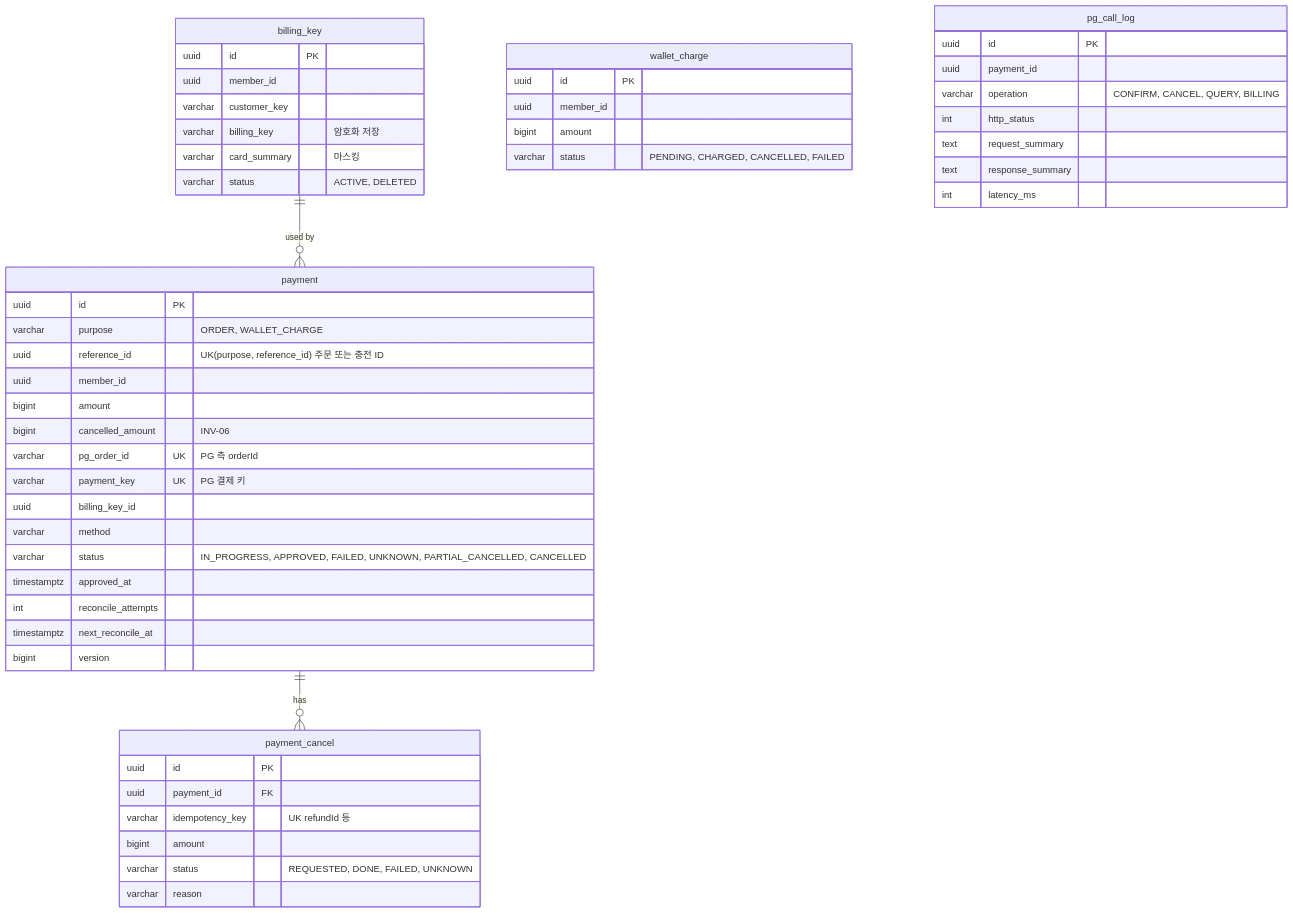
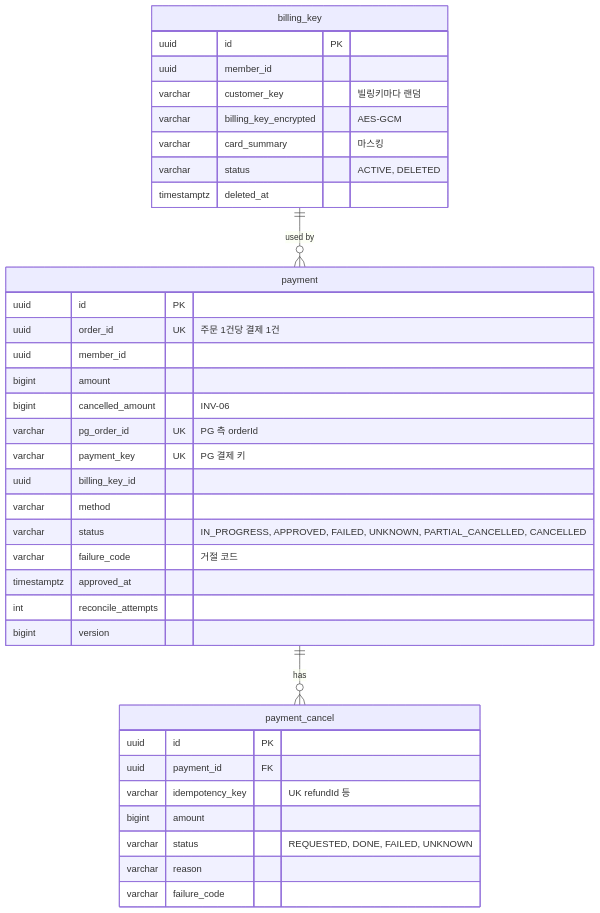
Before and after one commit to 95twan/myroutine-v2: the fifth of 10 diagrams in docs/02-design/03-erd.md, drawn with Mermaid. The commit also changed other lines of this file and 27 other files, not shown here.

````diff
--- a/docs/02-design/03-erd.md
+++ b/docs/02-design/03-erd.md
@@ -254,53 +259,39 @@
 ```mermaid
 erDiagram
   payment ||--o{ payment_cancel : has
   billing_key ||--o{ payment : "used by"
   payment {
     uuid id PK
-    varchar purpose "ORDER, WALLET_CHARGE"
-    uuid reference_id "UK(purpose, reference_id) 주문 또는 충전 ID"
+    uuid order_id UK "주문 1건당 결제 1건"
     uuid member_id
     bigint amount
     bigint cancelled_amount "INV-06"
     varchar pg_order_id UK "PG 측 orderId"
     varchar payment_key UK "PG 결제 키"
     uuid billing_key_id
     varchar method
     varchar status "IN_PROGRESS, APPROVED, FAILED, UNKNOWN, PARTIAL_CANCELLED, CANCELLED"
+    varchar failure_code "거절 코드"
     timestamptz approved_at
     int reconcile_attempts
-    timestamptz next_reconcile_at
     bigint version
   }
   payment_cancel {
     uuid id PK
     uuid payment_id FK
     varchar idempotency_key "UK refundId 등"
     bigint amount
     varchar status "REQUESTED, DONE, FAILED, UNKNOWN"
     varchar reason
+    varchar failure_code
   }
   billing_key {
     uuid id PK
     uuid member_id
-    varchar customer_key
-    varchar billing_key "암호화 저장"
+    varchar customer_key "빌링키마다 랜덤"
+    varchar billing_key_encrypted "AES-GCM"
     varchar card_summary "마스킹"
     varchar status "ACTIVE, DELETED"
-  }
-  wallet_charge {
-    uuid id PK
-    uuid member_id
-    bigint amount
-    varchar status "PENDING, CHARGED, CANCELLED, FAILED"
-  }
-  pg_call_log {
-    uuid id PK
-    uuid payment_id
-    varchar operation "CONFIRM, CANCEL, QUERY, BILLING"
-    int http_status
-    text request_summary
-    text response_summary
-    int latency_ms
+    timestamptz deleted_at
   }
 ```
````
